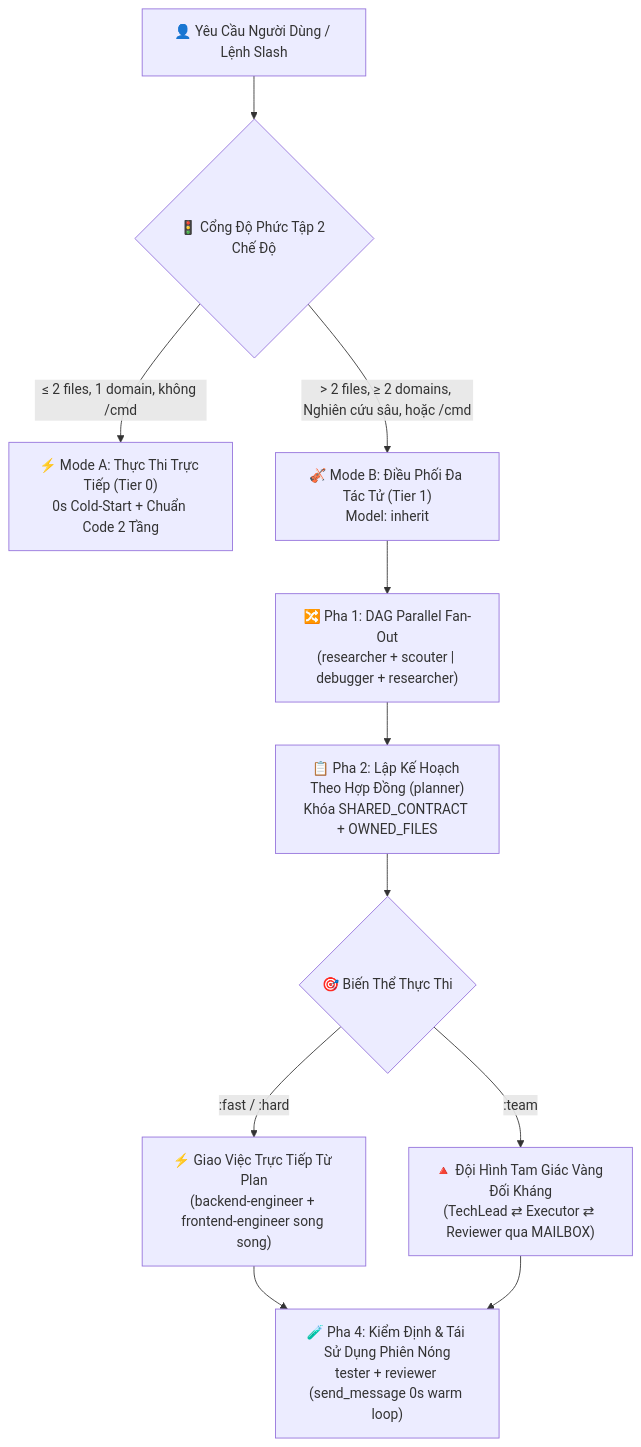
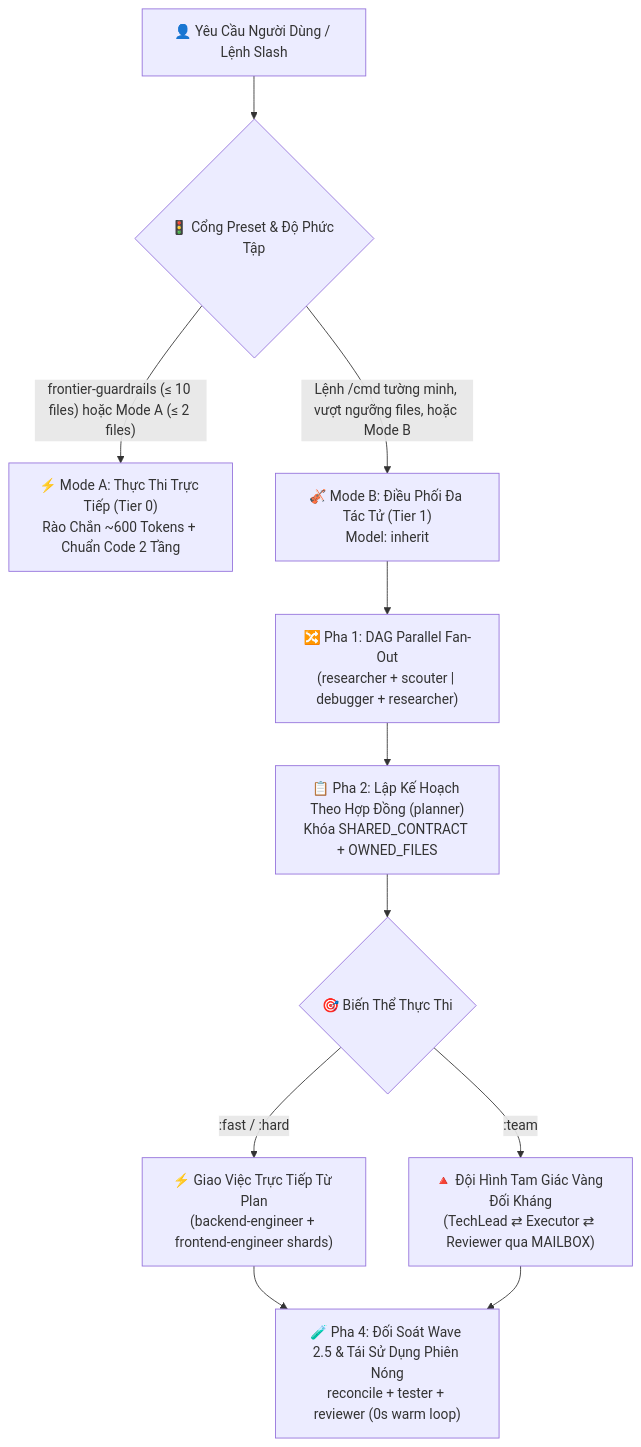
One commit to Kennyboom/BoomOpen-Workflow-Kit-Pro changed the diagram in i18n/README.vi.md. Above: the diagram before and after it, drawn with Mermaid. The commit also changed other lines of this file and 99 other files, not shown here.

````diff
--- a/i18n/README.vi.md
+++ b/i18n/README.vi.md
@@ -77,16 +79,16 @@
 ```mermaid
 flowchart TD
-    User["👤 Yêu Cầu Người Dùng / Lệnh Slash"] --> Gate{"🚦 Cổng Độ Phức Tập 2 Chế Độ"}
-    Gate -->|"≤ 2 files, 1 domain, không /cmd"| ModeA["⚡ Mode A: Thực Thi Trực Tiếp (Tier 0)<br/>0s Cold-Start + Chuẩn Code 2 Tầng"]
-    Gate -->|"> 2 files, ≥ 2 domains, Nghiên cứu sâu, hoặc /cmd"| ModeB["🎻 Mode B: Điều Phối Đa Tác Tử (Tier 1)<br/>Model: inherit"]
+    User["👤 Yêu Cầu Người Dùng / Lệnh Slash"] --> Gate{"🚦 Cổng Preset & Độ Phức Tập"}
+    Gate -->|"frontier-guardrails (≤ 10 files) hoặc Mode A (≤ 2 files)"| ModeA["⚡ Mode A: Thực Thi Trực Tiếp (Tier 0)<br/>Rào Chắn ~600 Tokens + Chuẩn Code 2 Tầng"]
+    Gate -->|"Lệnh /cmd tường minh, vượt ngưỡng files, hoặc Mode B"| ModeB["🎻 Mode B: Điều Phối Đa Tác Tử (Tier 1)<br/>Model: inherit"]
 
     ModeB --> FanOut["🔀 Pha 1: DAG Parallel Fan-Out<br/>(researcher + scouter | debugger + researcher)"]
     FanOut --> Plan["📋 Pha 2: Lập Kế Hoạch Theo Hợp Đồng (planner)<br/>Khóa SHARED_CONTRACT + OWNED_FILES"]
     Plan --> Dispatch{"🎯 Biến Thể Thực Thi"}
 
-    Dispatch -->|":fast / :hard"| Direct["⚡ Giao Việc Trực Tiếp Từ Plan<br/>(backend-engineer + frontend-engineer song song)"]
+    Dispatch -->|":fast / :hard"| Direct["⚡ Giao Việc Trực Tiếp Từ Plan<br/>(backend-engineer + frontend-engineer shards)"]
     Dispatch -->|":team"| Triangle["🔺 Đội Hình Tam Giác Vàng Đối Kháng<br/>(TechLead ⇄ Executor ⇄ Reviewer qua MAILBOX)"]
 
-    Direct --> Verify["🧪 Pha 4: Kiểm Định & Tái Sử Dụng Phiên Nóng<br/>tester + reviewer (send_message 0s warm loop)"]
+    Direct --> Verify["🧪 Pha 4: Đối Soát Wave 2.5 & Tái Sử Dụng Phiên Nóng<br/>reconcile + tester + reviewer (0s warm loop)"]
     Triangle --> Verify
 ```
````
